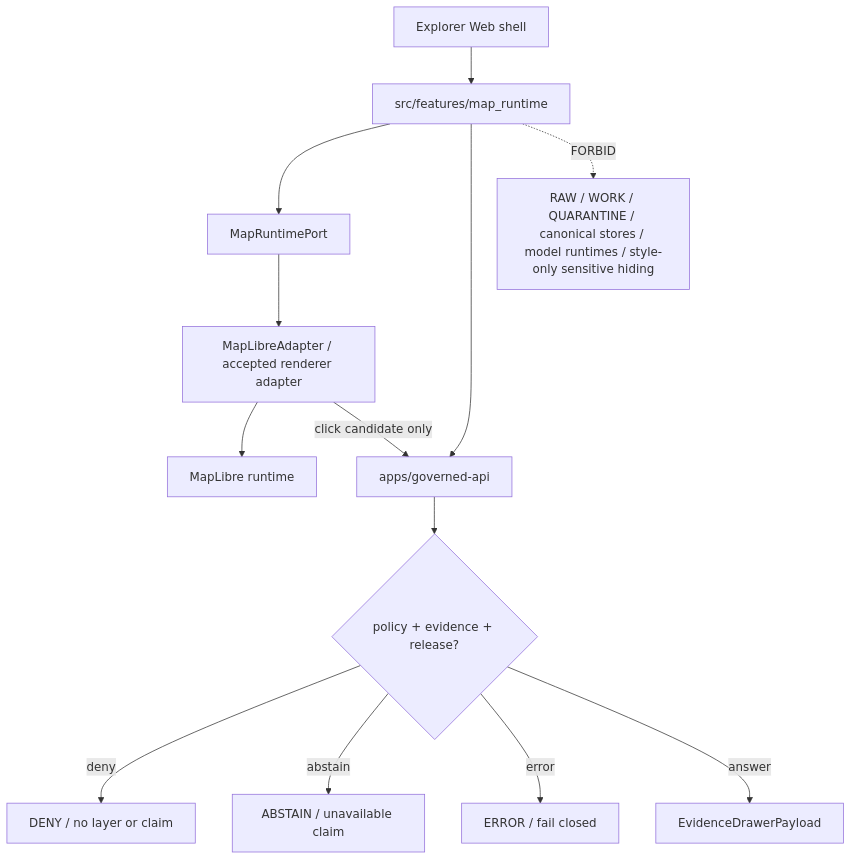
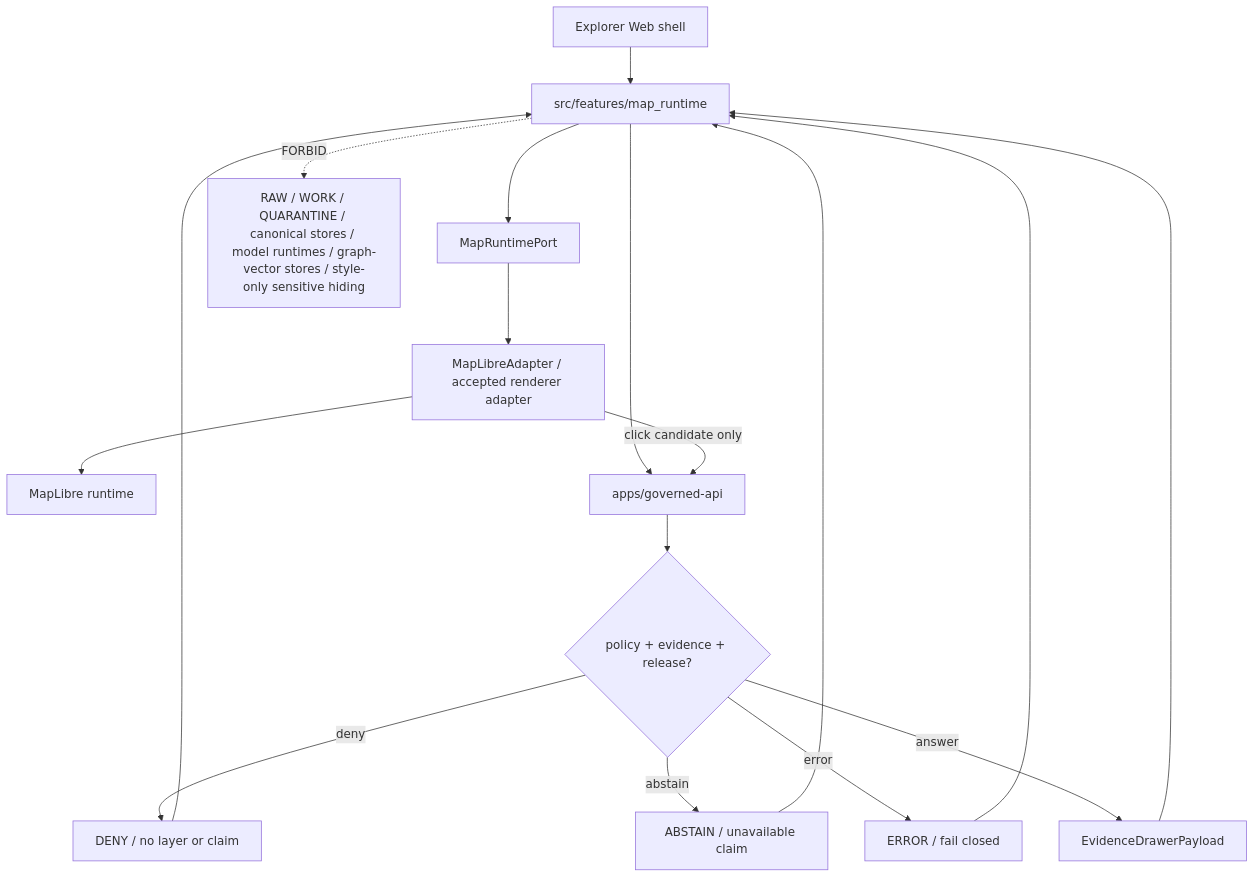
Before and after one commit to bartytime4life/Kansas-Frontier-Matrix: the diagram in apps/explorer-web/src/features/map_runtime/README.md, drawn with Mermaid. The commit also changed other lines of this file, not shown here.

````diff
--- a/apps/explorer-web/src/features/map_runtime/README.md
+++ b/apps/explorer-web/src/features/map_runtime/README.md
@@ -220,15 +272,19 @@
 ```mermaid
 flowchart TD
     shell["Explorer Web shell"] --> feature["src/features/map_runtime"]
     feature --> port["MapRuntimePort"]
     port --> adapter["MapLibreAdapter / accepted renderer adapter"]
     adapter --> renderer["MapLibre runtime"]
     feature --> api["apps/governed-api"]
     api --> policy{"policy + evidence + release?"}
     policy -->|deny| deny["DENY / no layer or claim"]
     policy -->|abstain| abstain["ABSTAIN / unavailable claim"]
     policy -->|error| error["ERROR / fail closed"]
     policy -->|answer| drawer["EvidenceDrawerPayload"]
     adapter -->|click candidate only| api
-    feature -. FORBID .-> raw["RAW / WORK / QUARANTINE / canonical stores / model runtimes / style-only sensitive hiding"]
+    drawer --> feature
+    deny --> feature
+    abstain --> feature
+    error --> feature
+    feature -. FORBID .-> raw["RAW / WORK / QUARANTINE / canonical stores / model runtimes / graph-vector stores / style-only sensitive hiding"]
 ```
````
